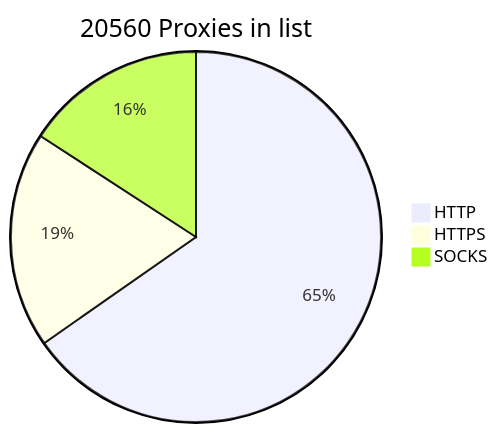
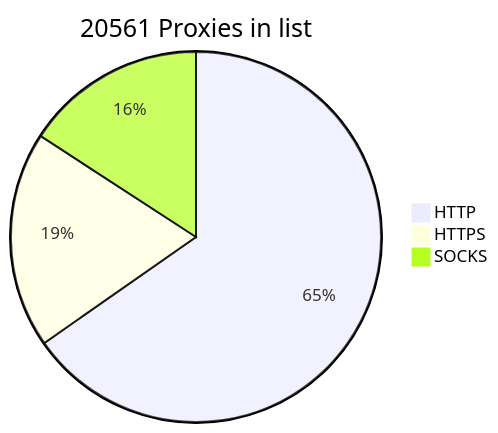
The diagram in README.md (BlackSnowDot/proxylist-update-every-minute), drawn with Mermaid before and after one commit.

````diff
--- a/README.md
+++ b/README.md
@@ -2,6 +2,6 @@
 ```mermaid
-pie title 20560 Proxies in list
-    "HTTP" : 15119
-    "HTTPS": 4372
+pie title 20561 Proxies in list
+    "HTTP" : 15121
+    "HTTPS": 4373
     "SOCKS" : 3666
 ```
````
